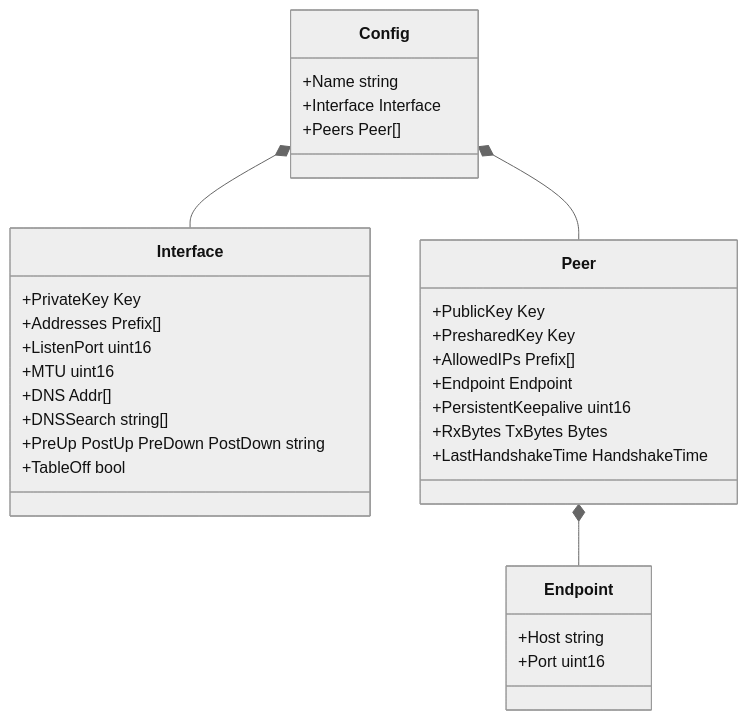
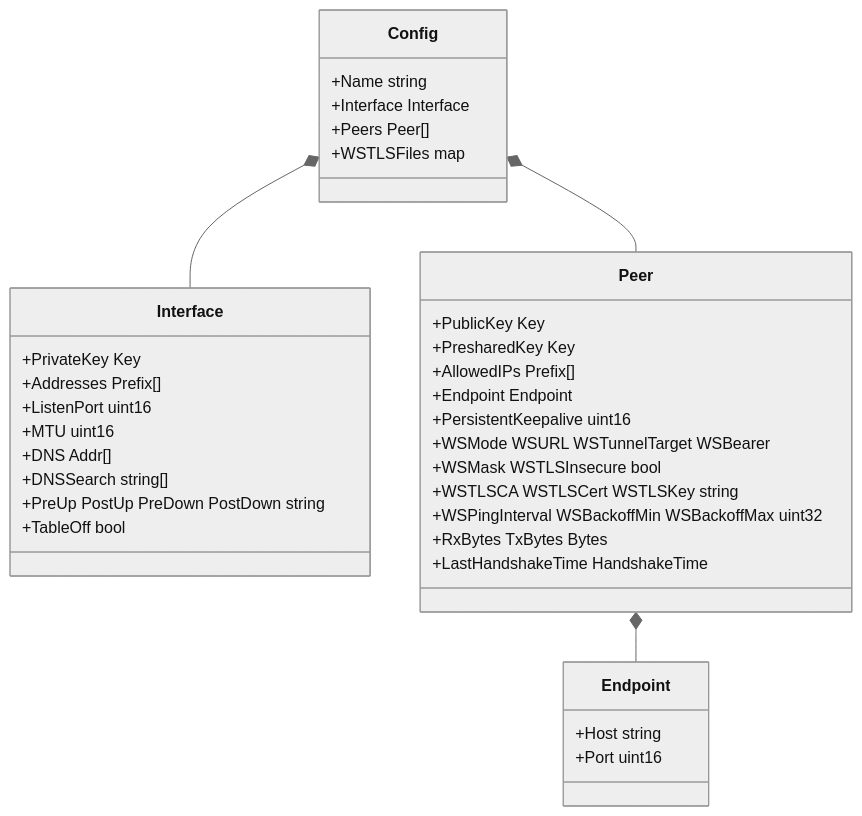
One commit to danielealbano/wireguard-windows changed the fourth of 8 diagrams in docs/ARCHITECTURE.md. Above: the diagram before and after it, drawn with Mermaid (neutral theme). The commit also changed other lines of this file and 4 other files, not shown here.

````diff
--- a/docs/ARCHITECTURE.md
+++ b/docs/ARCHITECTURE.md
@@ -115,34 +130,39 @@
 ```mermaid
 classDiagram
     class Config {
         +Name string
         +Interface Interface
         +Peers Peer[]
+        +WSTLSFiles map
     }
     class Interface {
         +PrivateKey Key
         +Addresses Prefix[]
         +ListenPort uint16
         +MTU uint16
         +DNS Addr[]
         +DNSSearch string[]
         +PreUp PostUp PreDown PostDown string
         +TableOff bool
     }
     class Peer {
         +PublicKey Key
         +PresharedKey Key
         +AllowedIPs Prefix[]
         +Endpoint Endpoint
         +PersistentKeepalive uint16
+        +WSMode WSURL WSTunnelTarget WSBearer
+        +WSMask WSTLSInsecure bool
+        +WSTLSCA WSTLSCert WSTLSKey string
+        +WSPingInterval WSBackoffMin WSBackoffMax uint32
         +RxBytes TxBytes Bytes
         +LastHandshakeTime HandshakeTime
     }
     class Endpoint {
         +Host string
         +Port uint16
     }
     Config *-- Interface
     Config *-- Peer
     Peer *-- Endpoint
 ```
````
